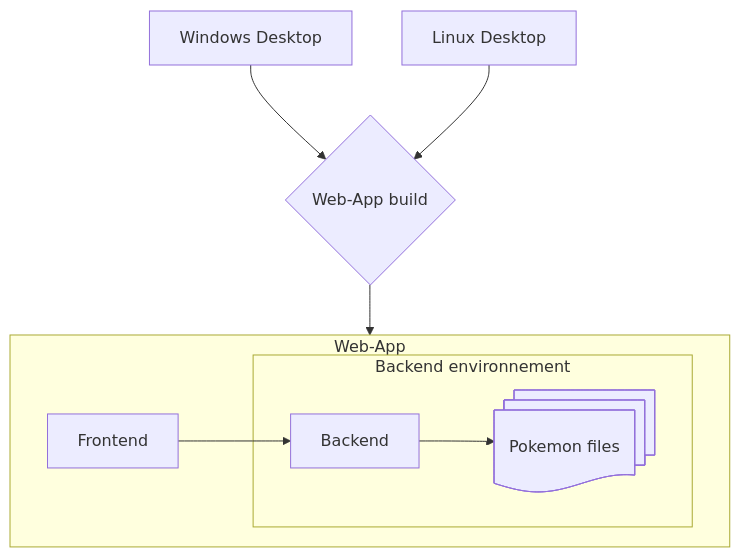
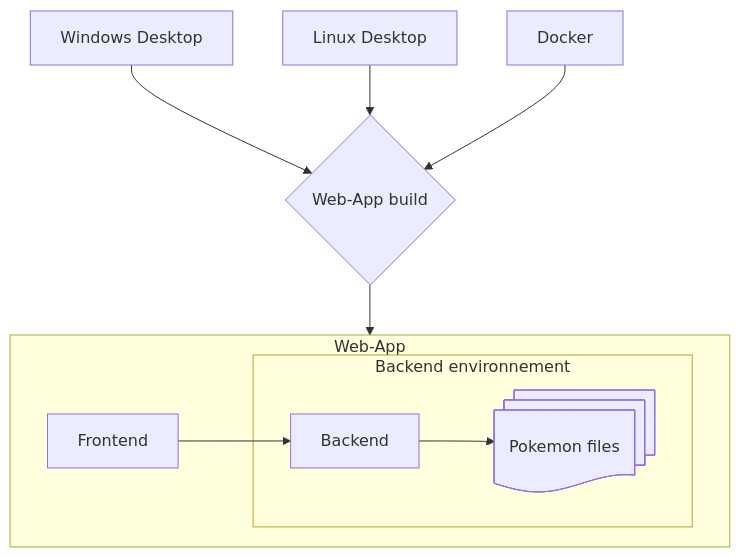
The diagram in docs/technical/README.md (Chnapy/PKVault), drawn with Mermaid before and after one commit. The commit also changed other lines of this file, not shown here.

````diff
--- a/docs/technical/README.md
+++ b/docs/technical/README.md
@@ -12,23 +12,25 @@
 ```mermaid
 flowchart TD
     B[Backend]
     PF@{ shape: docs, label: "Pokemon files"}
     F[Frontend]
 
     DW["Windows Desktop"]
     DL["Linux Desktop"]
+    DD["Docker"]
 
     WAB{Web-App build}
 
     subgraph Web-App
         subgraph Backend environnement
         B --> PF
         end
     F --> B
     end
 
     WAB --> Web-App
     DW --> WAB
     DL --> WAB
+    DD --> WAB
 
 ```
````
